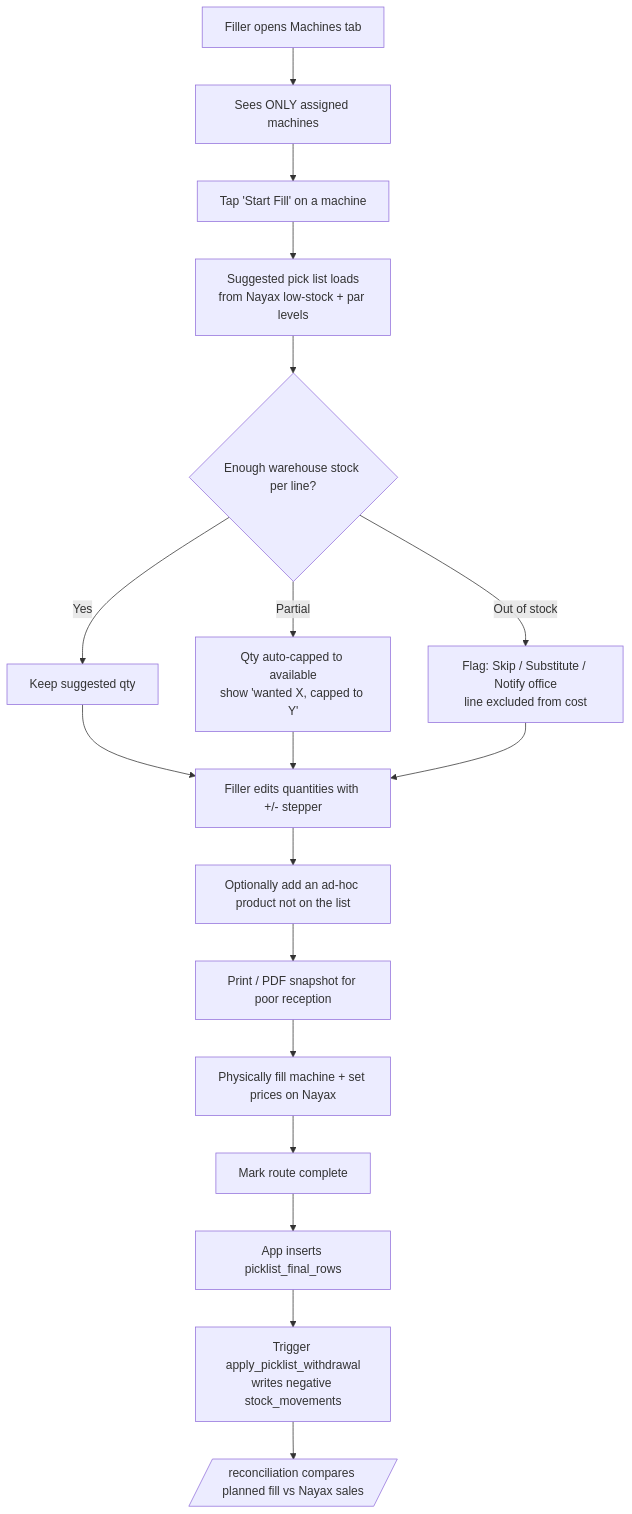
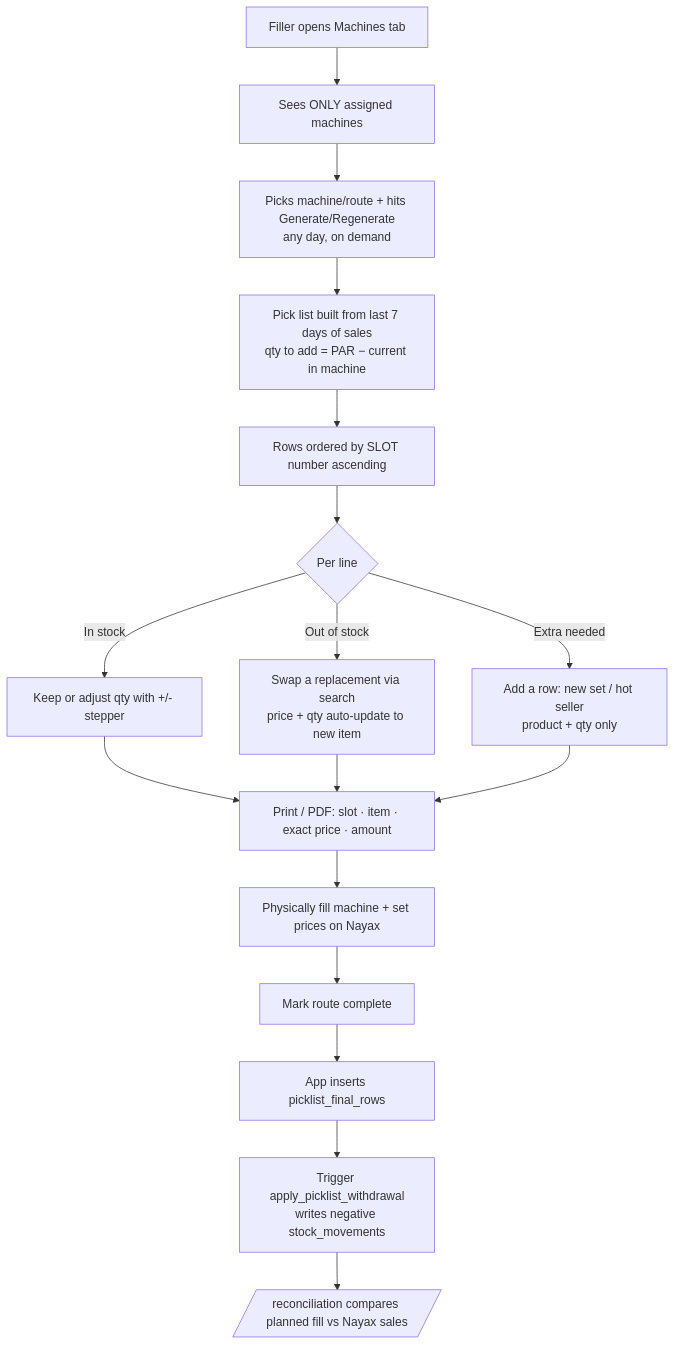
One commit to josh441/gameguys-proposed-ui changed the second of 6 diagrams in BUILD-PLAN.md. Above: the diagram before and after it, drawn with Mermaid. The commit also changed other lines of this file and 2 other files, not shown here.

Commit message:
Rework filler pick list: on-demand generation, slot order, PAR/price/pace, swap + add-row, stripped printout; update build spec schema & flow

````diff
--- a/BUILD-PLAN.md
+++ b/BUILD-PLAN.md
@@ -106,20 +118,19 @@
 ```mermaid
 flowchart TD
   A[Filler opens Machines tab] --> B[Sees ONLY assigned machines]
-  B --> C[Tap 'Start Fill' on a machine]
-  C --> D[Suggested pick list loads<br/>from Nayax low-stock + par levels]
-  D --> E{Enough warehouse stock per line?}
-  E -- Yes --> F[Keep suggested qty]
-  E -- Partial --> G[Qty auto-capped to available<br/>show 'wanted X, capped to Y']
-  E -- Out of stock --> H[Flag: Skip / Substitute / Notify office<br/>line excluded from cost]
-  F --> I[Filler edits quantities with +/- stepper]
-  G --> I
-  H --> I
-  I --> J[Optionally add an ad-hoc product not on the list]
-  J --> K[Print / PDF snapshot for poor reception]
+  B --> C[Picks machine/route + hits Generate/Regenerate<br/>any day, on demand]
+  C --> D[Pick list built from last 7 days of sales<br/>qty to add = PAR − current in machine]
+  D --> E[Rows ordered by SLOT number ascending]
+  E --> F{Per line}
+  F -- In stock --> G[Keep or adjust qty with +/- stepper]
+  F -- Out of stock --> H[Swap a replacement via search<br/>price + qty auto-update to new item]
+  F -- Extra needed --> J[Add a row: new set / hot seller<br/>product + qty only]
+  G --> K[Print / PDF: slot · item · exact price · amount]
+  H --> K
+  J --> K
   K --> L[Physically fill machine + set prices on Nayax]
   L --> M[Mark route complete]
   M --> N[App inserts picklist_final_rows]
   N --> O[Trigger apply_picklist_withdrawal<br/>writes negative stock_movements]
   O --> P[/reconciliation compares planned fill vs Nayax sales/]
 ```
````
